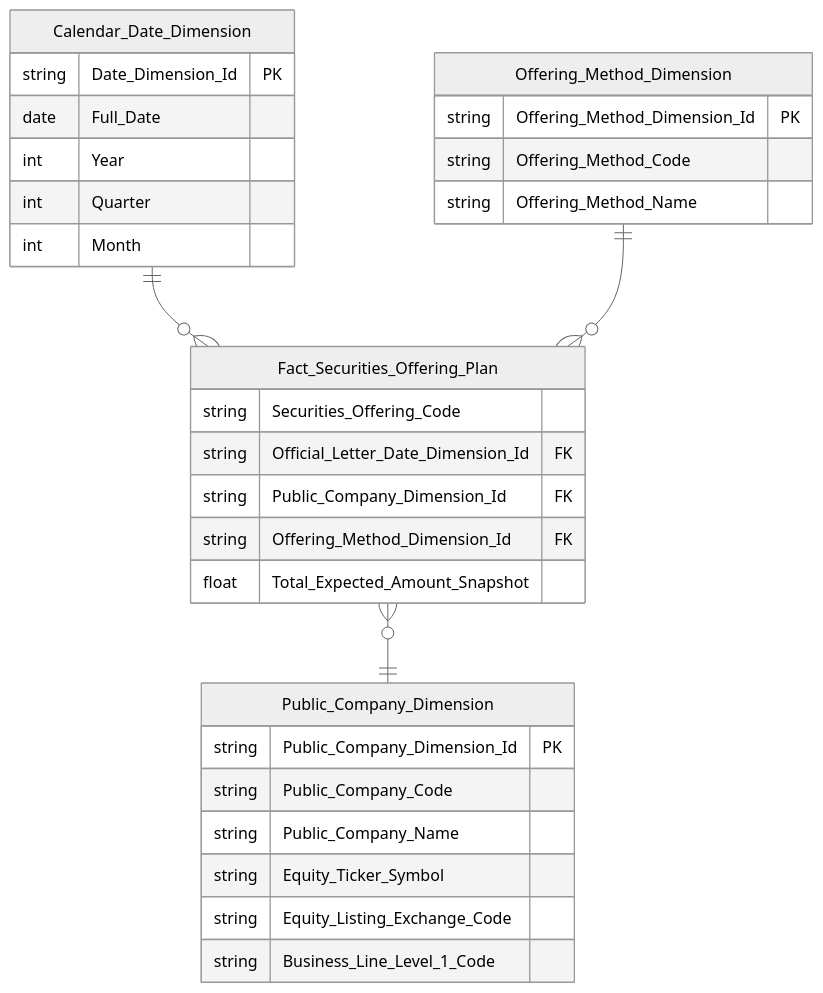
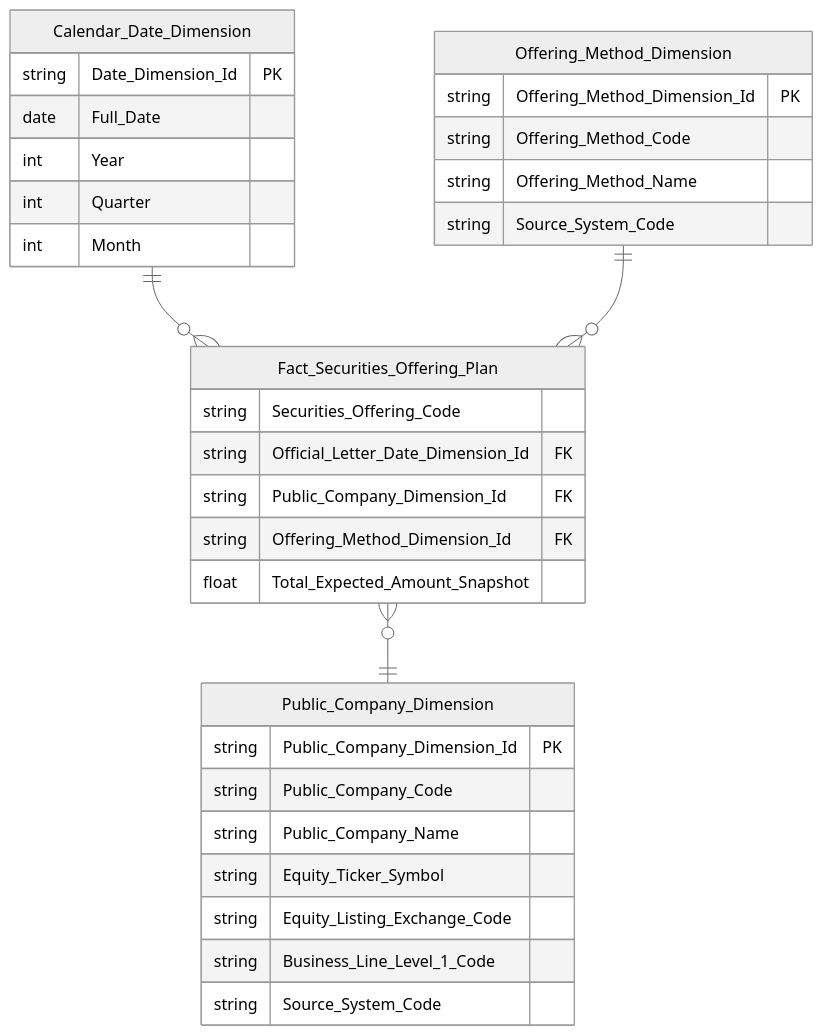
Before and after one commit to linhlvit/ubck_atomic_design: the eighth of 22 diagrams in Datamart/hld/DTM_QLCB_HLD.md, drawn with Mermaid (neutral theme). The commit also changed other lines of this file and 21 other files, not shown here.

````diff
--- a/Datamart/hld/DTM_QLCB_HLD.md
+++ b/Datamart/hld/DTM_QLCB_HLD.md
@@ -394,34 +397,36 @@
 ```mermaid
 erDiagram
     Calendar_Date_Dimension {
         string Date_Dimension_Id PK
         date Full_Date
         int Year
         int Quarter
         int Month
     }
     Offering_Method_Dimension {
         string Offering_Method_Dimension_Id PK
         string Offering_Method_Code
         string Offering_Method_Name
+        string Source_System_Code
     }
     Public_Company_Dimension {
         string Public_Company_Dimension_Id PK
         string Public_Company_Code
         string Public_Company_Name
         string Equity_Ticker_Symbol
         string Equity_Listing_Exchange_Code
         string Business_Line_Level_1_Code
+        string Source_System_Code
     }
     Fact_Securities_Offering_Plan {
         string Securities_Offering_Code
         string Official_Letter_Date_Dimension_Id FK
         string Public_Company_Dimension_Id FK
         string Offering_Method_Dimension_Id FK
         float Total_Expected_Amount_Snapshot
     }
 
     Calendar_Date_Dimension ||--o{ Fact_Securities_Offering_Plan : " "
     Offering_Method_Dimension ||--o{ Fact_Securities_Offering_Plan : " "
     Fact_Securities_Offering_Plan }o--|| Public_Company_Dimension : " "
 ```
````
